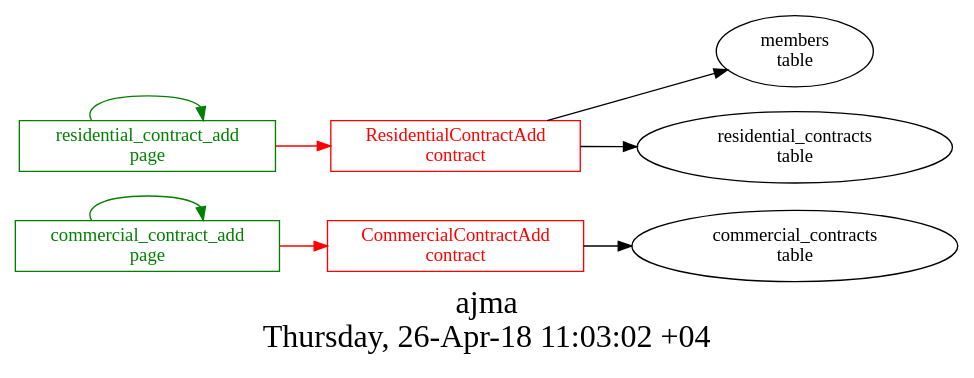
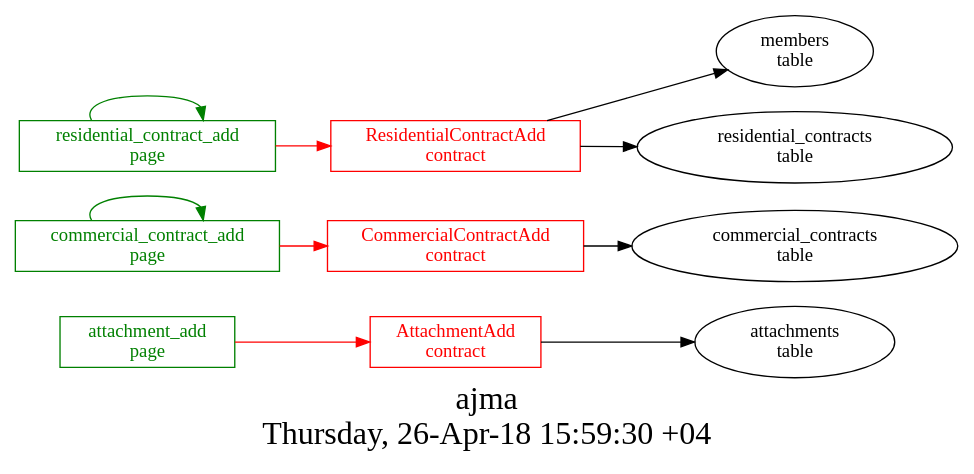
The diagram in src/ajman/struct.dot (AplaProject/apps), drawn with Graphviz before and after one commit. The commit also changed 5 other files, not shown here.

```diff
--- a/src/ajman/struct.dot
+++ b/src/ajman/struct.dot
@@ -1,21 +1,26 @@
 digraph G {
 fontsize="24";
-label="ajma\nThursday, 26-Apr-18 11:03:02 +04";
+label="ajma\nThursday, 26-Apr-18 15:59:30 +04";
 nojustify=true;
 ordering=out;
 rankdir=LR;
 size="30";
+"attachment_add\npage" -> "AttachmentAdd\ncontract"  [ color=red ]
+"attachment_add\npage" [color=green, fontcolor=green, group=pages, shape=record];
 "commercial_contract_add\npage" -> "CommercialContractAdd\ncontract"  [ color=red ]
 "commercial_contract_add\npage" -> "commercial_contract_add\npage"  [ color=green ]
 "commercial_contract_add\npage" [color=green, fontcolor=green, group=pages, shape=record];
 "residential_contract_add\npage" -> "ResidentialContractAdd\ncontract"  [ color=red ]
 "residential_contract_add\npage" -> "residential_contract_add\npage"  [ color=green ]
 "residential_contract_add\npage" [color=green, fontcolor=green, group=pages, shape=record];
+"AttachmentAdd\ncontract" -> "attachments\ntable"  [ color="" ]
+"AttachmentAdd\ncontract" [color=red, fontcolor=red, group=contracts, shape=record];
 "CommercialContractAdd\ncontract" -> "commercial_contracts\ntable"  [ color="" ]
 "CommercialContractAdd\ncontract" [color=red, fontcolor=red, group=contracts, shape=record];
 "ResidentialContractAdd\ncontract" -> "members\ntable"  [ color="" ]
 "ResidentialContractAdd\ncontract" -> "residential_contracts\ntable"  [ color="" ]
 "ResidentialContractAdd\ncontract" [color=red, fontcolor=red, group=contracts, shape=record];
+"attachments\ntable" [color="", fontcolor="", group=tables, shape=""];
 "commercial_contracts\ntable" [color="", fontcolor="", group=tables, shape=""];
 "residential_contracts\ntable" [color="", fontcolor="", group=tables, shape=""];
 }
```
